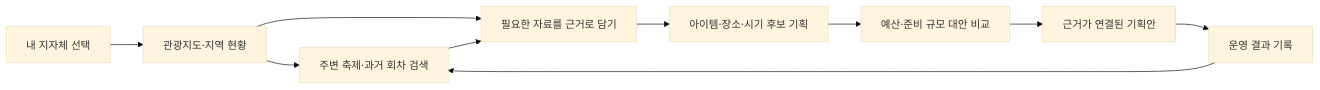
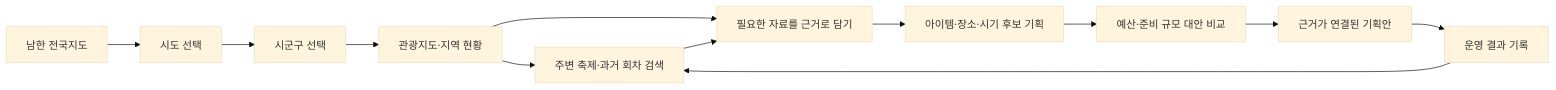
One commit to gitvssh/fest-compass changed the diagram in docs/design/07-region-planning-milestones.md. Above: the diagram before and after it, drawn with Mermaid (base theme). The commit also changed other lines of this file and 43 other files, not shown here.

Commit message:
docs: design nationwide exploration and evidence-backed comparison charts

````diff
--- a/docs/design/07-region-planning-milestones.md
+++ b/docs/design/07-region-planning-milestones.md
@@ -56,12 +56,14 @@
 ```mermaid
 flowchart LR
-    A[내 지자체 선택] --> B[관광지도·지역 현황]
+    N[남한 전국지도] --> P[시도 선택]
+    P --> A[시군구 선택]
+    A --> B[관광지도·지역 현황]
     B --> C[주변 축제·과거 회차 검색]
     B --> D[필요한 자료를 근거로 담기]
     C --> D
     D --> E[아이템·장소·시기 후보 기획]
     E --> F[예산·준비 규모 대안 비교]
     F --> G[근거가 연결된 기획안]
     G --> H[운영 결과 기록]
     H --> C
 ```
````
